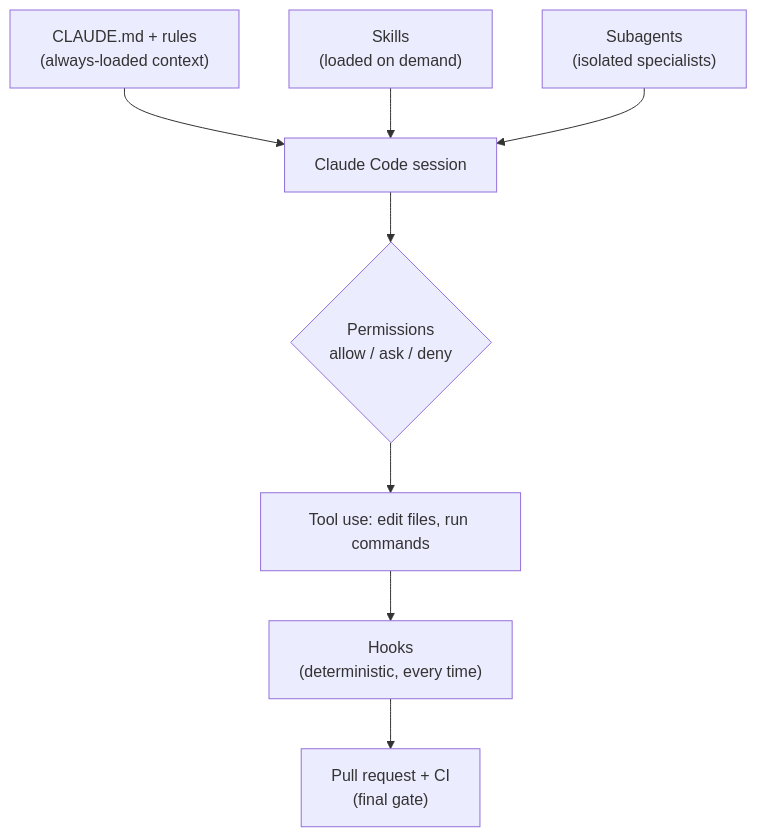
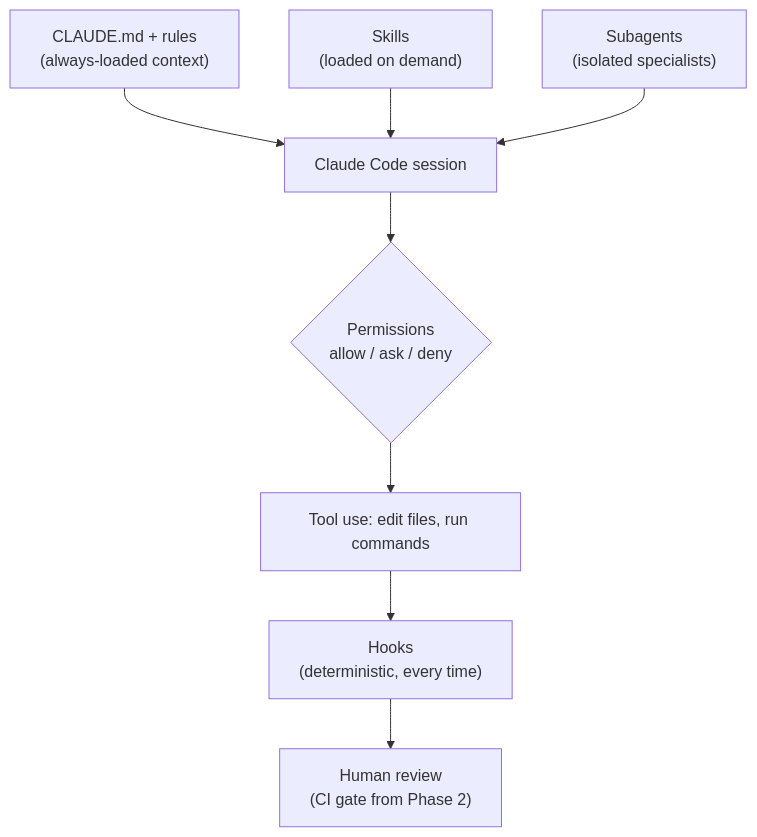
One commit to calvin-macoley/container-cicd-platform changed the diagram in docs/AI-WORKFLOW.md. Above: the diagram before and after it, drawn with Mermaid. The commit also changed other lines of this file and 2 other files, not shown here.

````diff
--- a/docs/AI-WORKFLOW.md
+++ b/docs/AI-WORKFLOW.md
@@ -25,10 +25,10 @@
 ```mermaid
 flowchart TB
     A["CLAUDE.md + rules<br/>(always-loaded context)"] --> E[Claude Code session]
     B["Skills<br/>(loaded on demand)"] --> E
     C["Subagents<br/>(isolated specialists)"] --> E
     E --> D{"Permissions<br/>allow / ask / deny"}
     D --> F[Tool use: edit files, run commands]
     F --> G["Hooks<br/>(deterministic, every time)"]
-    G --> H["Pull request + CI<br/>(final gate)"]
+    G --> H["Human review<br/>(CI gate from Phase 2)"]
 ```
````
